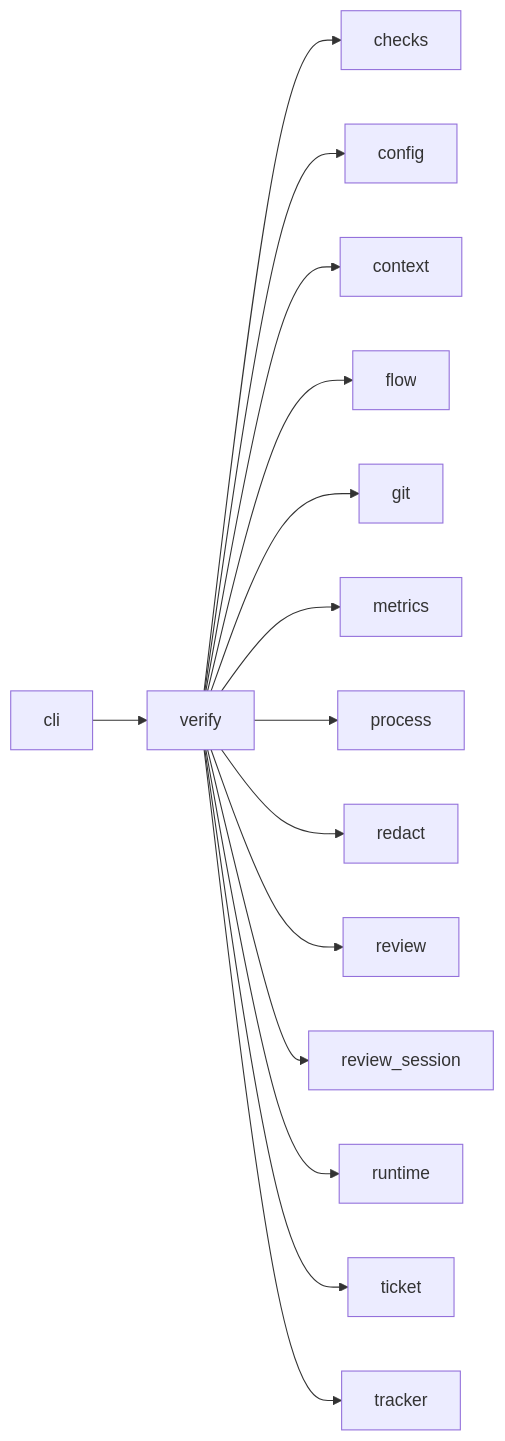
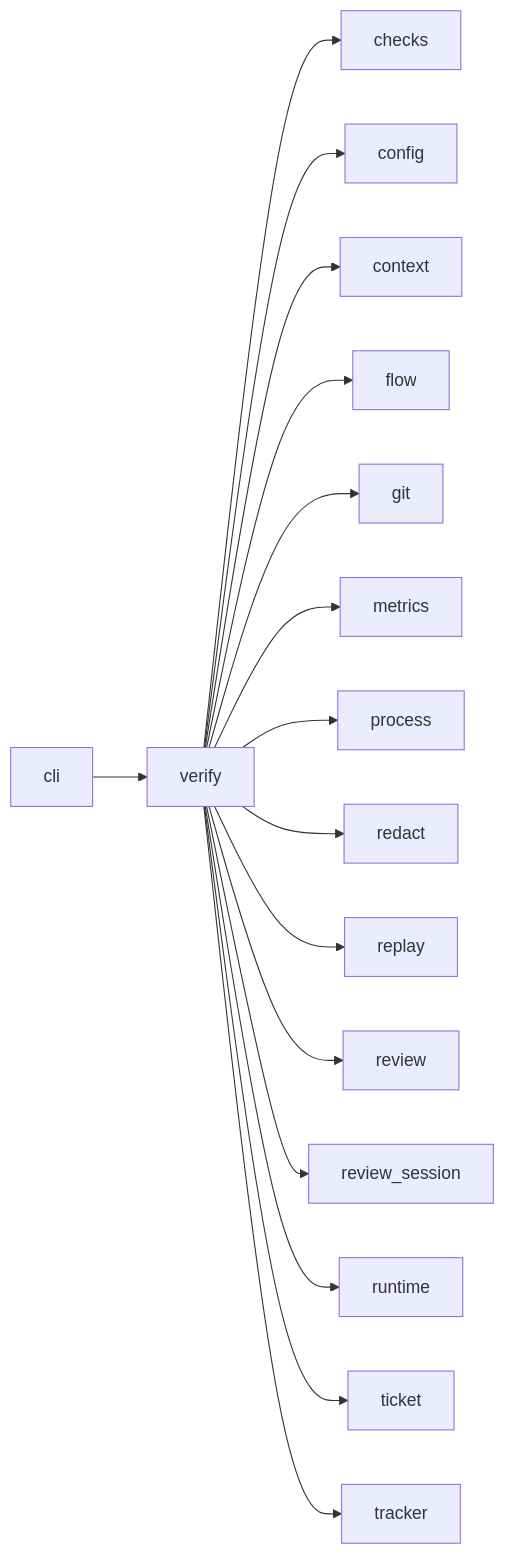
Before and after one commit to plaplanche/ariane: the third of 3 diagrams in docs/architecture/modules/verify.md, drawn with Mermaid. The commit also changed other lines of this file and 21 other files, not shown here.

````diff
--- a/docs/architecture/modules/verify.md
+++ b/docs/architecture/modules/verify.md
@@ -72,17 +72,18 @@
 ```mermaid
 flowchart LR
   cli --> verify
   verify --> checks
   verify --> config
   verify --> context
   verify --> flow
   verify --> git
   verify --> metrics
   verify --> process
   verify --> redact
+  verify --> replay
   verify --> review
   verify --> review_session
   verify --> runtime
   verify --> ticket
   verify --> tracker
 ```
````
